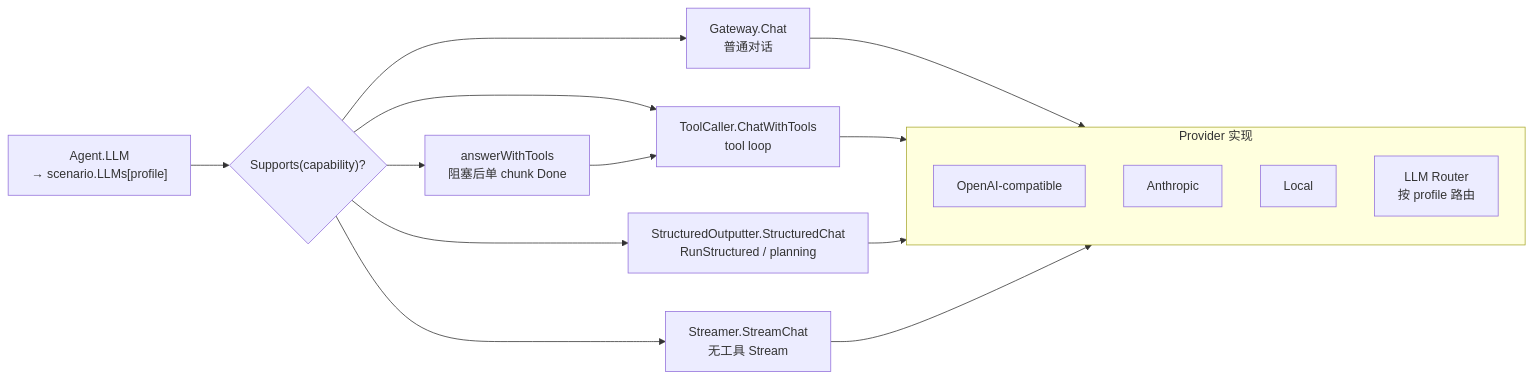
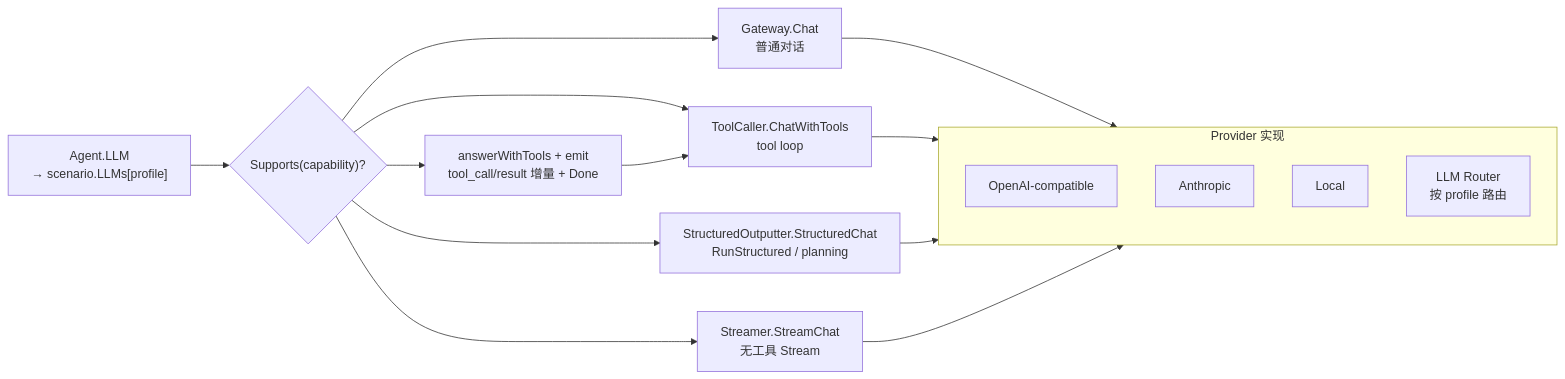
One commit to aijustin/agentflow-go changed the sixth of 11 diagrams in docs/orchestration-flow.md. Above: the diagram before and after it, drawn with Mermaid. The commit also changed other lines of this file and 8 other files, not shown here.

First line of the commit message:
Stream incremental tool_call/result events during governed tool loops.

````diff
--- a/docs/orchestration-flow.md
+++ b/docs/orchestration-flow.md
@@ -209,22 +209,22 @@
 ```mermaid
 flowchart LR
     AG["Agent.LLM<br/>→ scenario.LLMs[profile]"] --> CAP{"Supports(capability)?"}
     CAP --> CHAT["Gateway.Chat<br/>普通对话"]
     CAP --> TOOLS["ToolCaller.ChatWithTools<br/>tool loop"]
     CAP --> STRUCT["StructuredOutputter.StructuredChat<br/>RunStructured / planning"]
     CAP --> STREAM["Streamer.StreamChat<br/>无工具 Stream"]
-    CAP --> STREAM_TOOL["answerWithTools<br/>阻塞后单 chunk Done"]
+    CAP --> STREAM_TOOL["answerWithTools + emit<br/>tool_call/result 增量 + Done"]
 
     subgraph PROVIDERS["Provider 实现"]
         OAI["OpenAI-compatible"]
         ANT["Anthropic"]
         LOC["Local"]
         RTR["LLM Router<br/>按 profile 路由"]
     end
 
     CHAT --> PROVIDERS
     TOOLS --> PROVIDERS
     STRUCT --> PROVIDERS
     STREAM --> PROVIDERS
     STREAM_TOOL --> TOOLS
 ```
````
